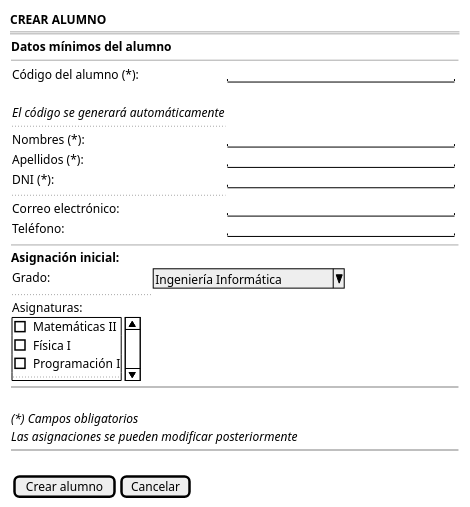
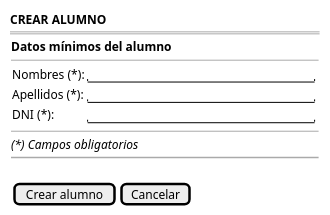
The diagram in documents/casos-de-uso/prototipadoCasosDeUso/crearAlumno/crearAlumno.puml (martinlopez7/25-26-IdSw1-SdR), drawn with PlantUML before and after one commit. The commit also changed 13 other files, not shown here.

```diff
--- a/documents/casos-de-uso/prototipadoCasosDeUso/crearAlumno/crearAlumno.puml
+++ b/documents/casos-de-uso/prototipadoCasosDeUso/crearAlumno/crearAlumno.puml
@@ -1,46 +1,23 @@
 @startsalt crearAlumno_FORMULARIO
 {
     <b>CREAR ALUMNO</b>
     ===
     {
         <b>Datos mínimos del alumno</b>
         --
         {
-            Código del alumno (*): | "                            "
-            .
-            <i>El código se generará automáticamente</i>
-            ..
             Nombres (*):    | "                            "
             Apellidos (*):  | "                            "
             DNI (*):        | "                            "
-            ..
-            Correo electrónico: | "                            "
-            Teléfono:           | "                            "
         }
         
         --
-        
-        <b>Asignación inicial:</b>
-        {
-            Grado: | ^Ingeniería Informática^
-            ..
-            Asignaturas:
-            {SI
-                [ ] Matemáticas II
-                [ ] Física I
-                [ ] Programación I
-                ...
-            }
-        }
-        
-        ~~
-        .
+
         <i>(*) Campos obligatorios</i>
-        <i>Las asignaciones se pueden modificar posteriormente</i>
         
         ~~
         .
         {[Crear alumno] | [Cancelar]}
     }
 }
 @endsalt
```
